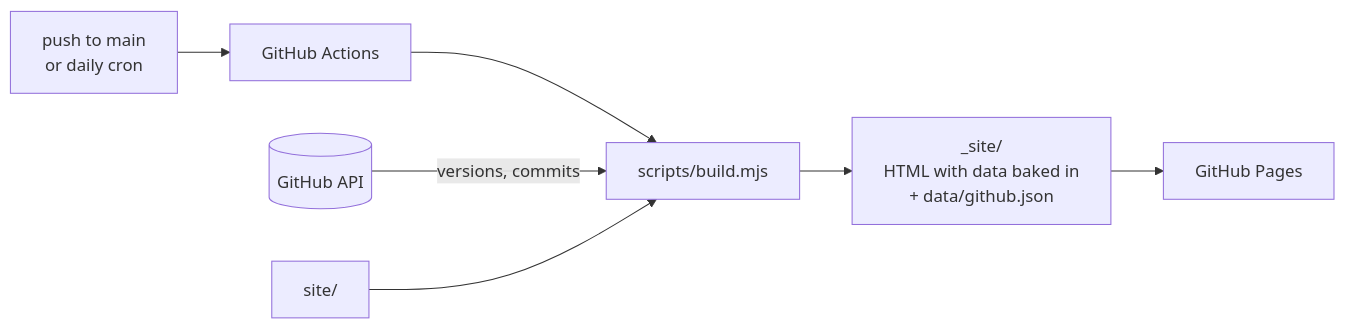
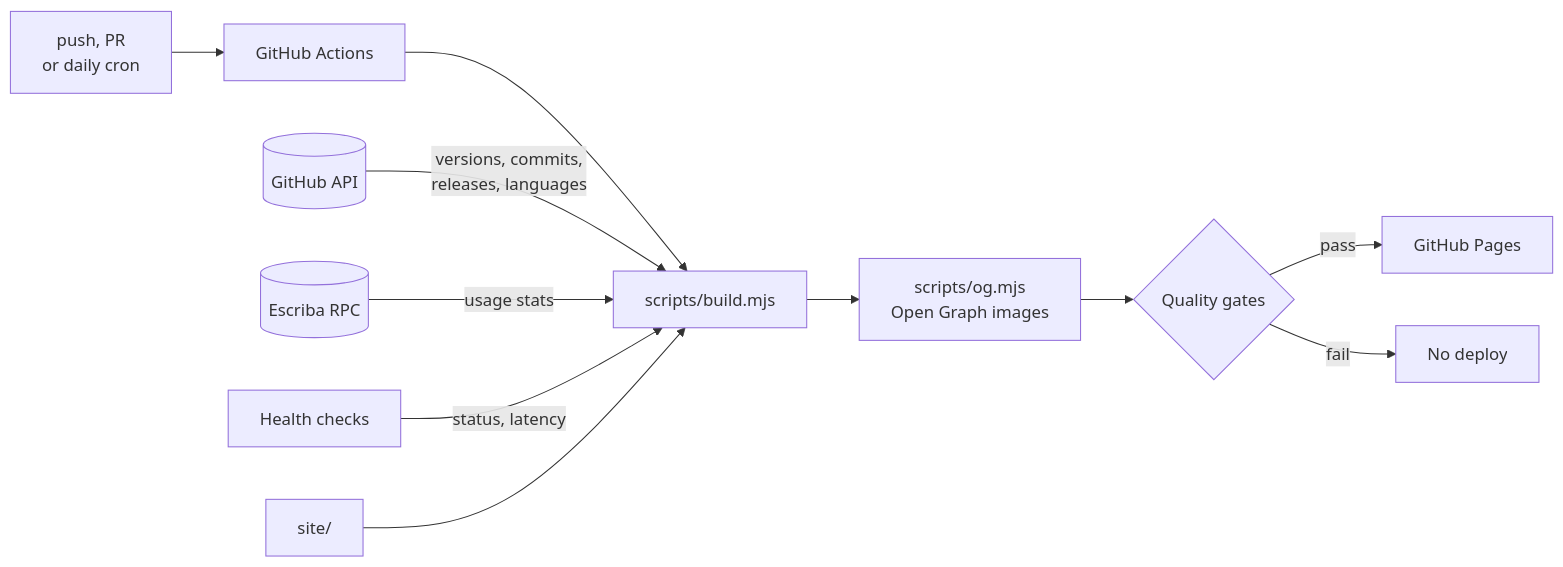
Before and after one commit to Favashi/toniruiz.es: the diagram in README.md, drawn with Mermaid. The commit also changed other lines of this file and 21 other files, not shown here.

````diff
--- a/README.md
+++ b/README.md
@@ -64,9 +86,13 @@
 ```mermaid
 flowchart LR
-    A[push to main<br/>or daily cron] --> B[GitHub Actions]
+    A[push, PR<br/>or daily cron] --> B[GitHub Actions]
     B --> C["scripts/build.mjs"]
-    D[(GitHub API)] -->|versions, commits| C
+    D[(GitHub API)] -->|versions, commits,<br/>releases, languages| C
+    H[(Escriba RPC)] -->|usage stats| C
+    I[Health checks] -->|status, latency| C
     E["site/"] --> C
-    C --> F["_site/<br/>HTML with data baked in<br/>+ data/github.json"]
-    F --> G[GitHub Pages]
+    C --> J["scripts/og.mjs<br/>Open Graph images"]
+    J --> K{Quality gates}
+    K -->|pass| G[GitHub Pages]
+    K -->|fail| X[No deploy]
 ```
````
